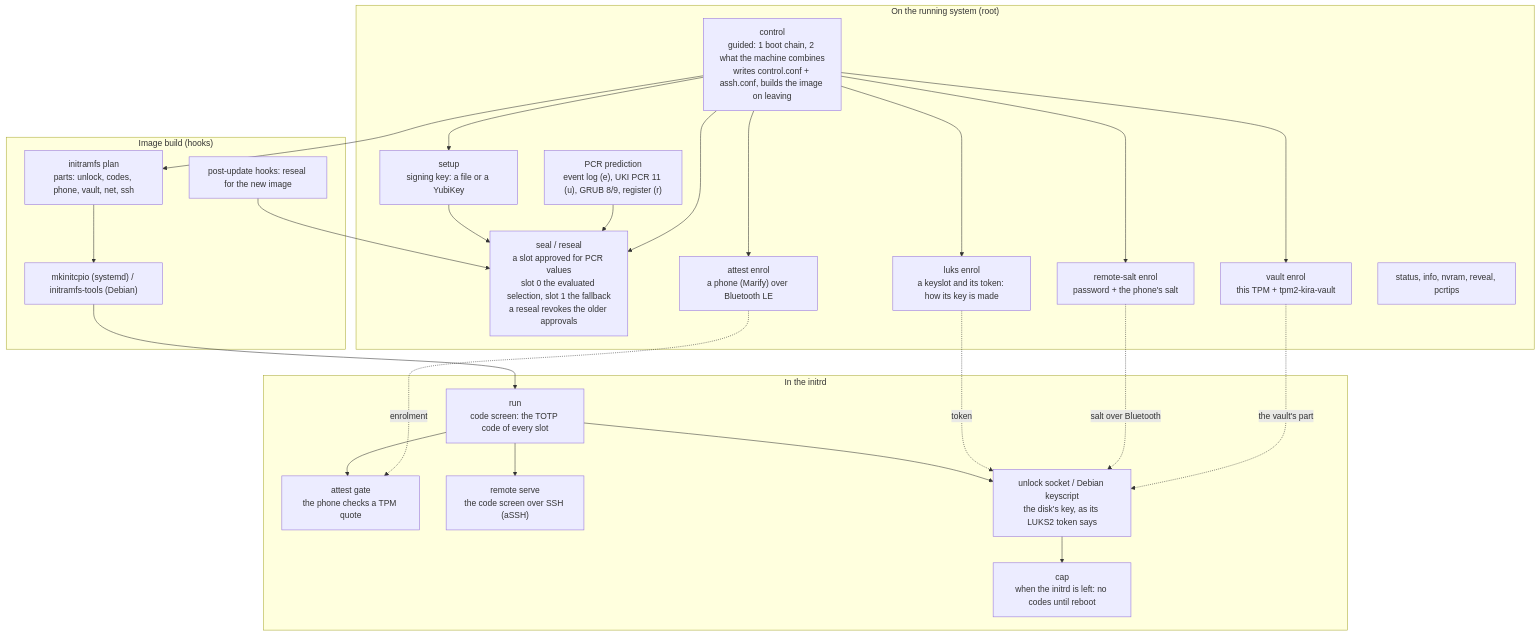
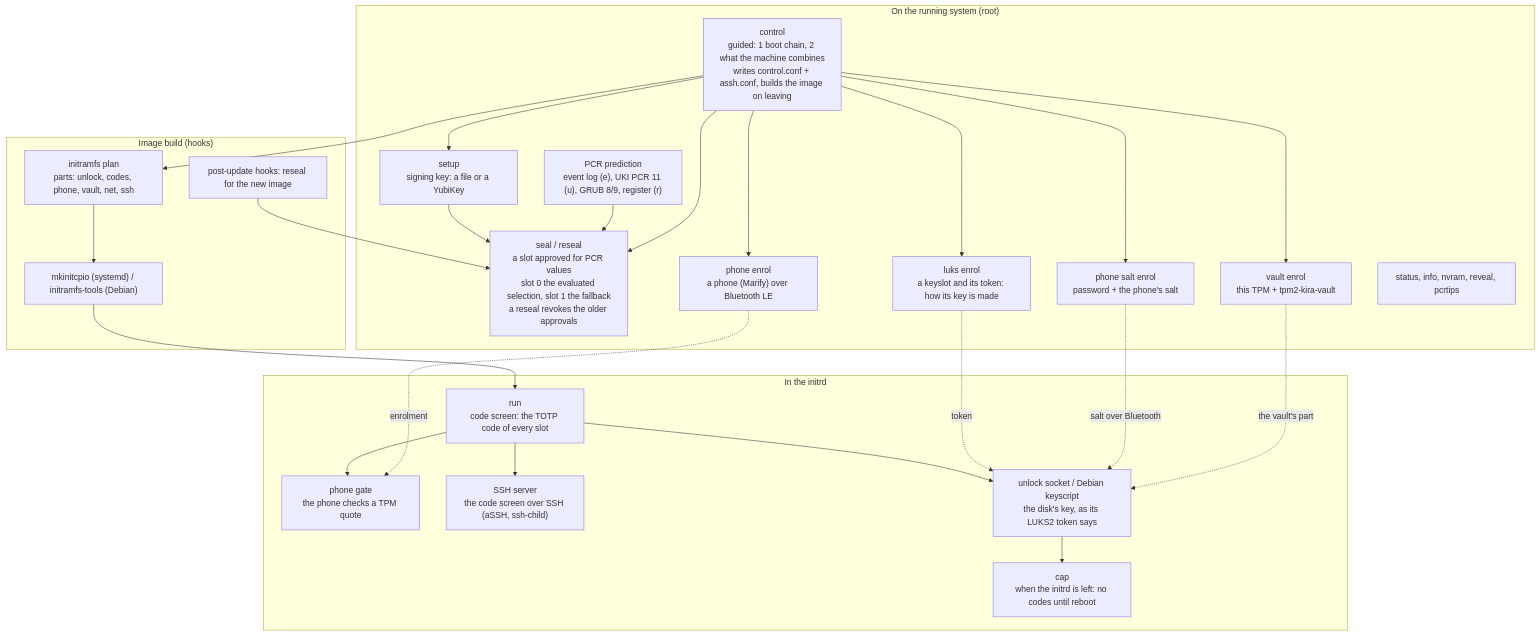
The first of 2 diagrams in README.md (mrwiora/tpm2-kira), drawn with Mermaid before and after one commit. The commit also changed other lines of this file and 108 other files, not shown here.

First line of the commit message:
Commands by what they are: slot, phone, ssh-child, luks derive

````diff
--- a/README.md
+++ b/README.md
@@ -50,43 +50,43 @@
 ```mermaid
 flowchart TB
   subgraph SETUP["On the running system (root)"]
     CTRL["control<br/>guided: 1 boot chain, 2 what the machine combines<br/>writes control.conf + assh.conf, builds the image on leaving"]
     KEY["setup<br/>signing key: a file or a YubiKey"]
     SEAL["seal / reseal<br/>a slot approved for PCR values<br/>slot 0 the evaluated selection, slot 1 the fallback<br/>a reseal revokes the older approvals"]
     PCR["PCR prediction<br/>event log (e), UKI PCR 11 (u), GRUB 8/9, register (r)"]
-    PHONE["attest enrol<br/>a phone (Marify) over Bluetooth LE"]
+    PHONE["phone enrol<br/>a phone (Marify) over Bluetooth LE"]
     LUKS["luks enrol<br/>a keyslot and its token: how its key is made"]
-    SALT["remote-salt enrol<br/>password + the phone's salt"]
+    SALT["phone salt enrol<br/>password + the phone's salt"]
     VAULT["vault enrol<br/>this TPM + tpm2-kira-vault"]
     INSPECT["status, info, nvram, reveal, pcrtips"]
   end
 
   subgraph BUILD["Image build (hooks)"]
     PLAN["initramfs plan<br/>parts: unlock, codes, phone, vault, net, ssh"]
     HOOKS["mkinitcpio (systemd) / initramfs-tools (Debian)"]
     POST["post-update hooks: reseal for the new image"]
   end
 
   subgraph BOOT["In the initrd"]
     RUN["run<br/>code screen: the TOTP code of every slot"]
-    ATT["attest gate<br/>the phone checks a TPM quote"]
-    SSH["remote serve<br/>the code screen over SSH (aSSH)"]
+    ATT["phone gate<br/>the phone checks a TPM quote"]
+    SSH["SSH server<br/>the code screen over SSH (aSSH, ssh-child)"]
     UNLOCK["unlock socket / Debian keyscript<br/>the disk's key, as its LUKS2 token says"]
     CAP["cap<br/>when the initrd is left: no codes until reboot"]
   end
 
   KEY --> SEAL
   PCR --> SEAL
   CTRL --> KEY & SEAL & PHONE & LUKS & SALT & VAULT
   CTRL --> PLAN --> HOOKS
   POST --> SEAL
   HOOKS --> RUN
   RUN --> ATT
   RUN --> SSH
   RUN --> UNLOCK
   LUKS -. token .-> UNLOCK
   SALT -. salt over Bluetooth .-> UNLOCK
   VAULT -. the vault's part .-> UNLOCK
   PHONE -. enrolment .-> ATT
   UNLOCK --> CAP
 ```
````
